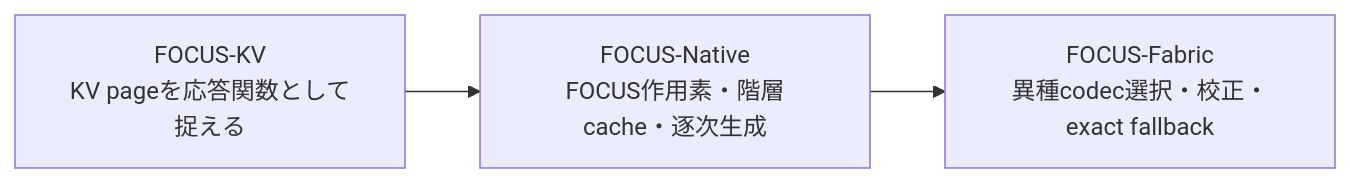
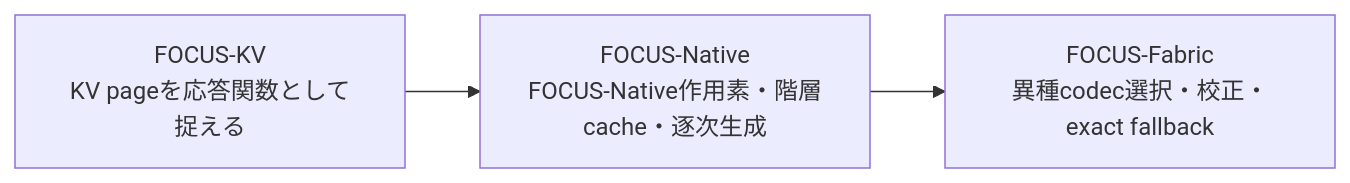
The first of 2 diagrams in README.md (dj-thank/FOCUS-Fabric), drawn with Mermaid before and after one commit. The commit also changed other lines of this file and 7 other files, not shown here.

Commit message:
docs: normalize FOCUS-Native naming

````diff
--- a/README.md
+++ b/README.md
@@ -36,5 +36,5 @@
 ```mermaid
 flowchart LR
-    A["FOCUS-KV<br/>KV pageを応答関数として捉える"] --> B["FOCUS-Native<br/>FOCUS作用素・階層cache・逐次生成"]
+    A["FOCUS-KV<br/>KV pageを応答関数として捉える"] --> B["FOCUS-Native<br/>FOCUS-Native作用素・階層cache・逐次生成"]
     B --> C["FOCUS-Fabric<br/>異種codec選択・校正・exact fallback"]
 ```
````
